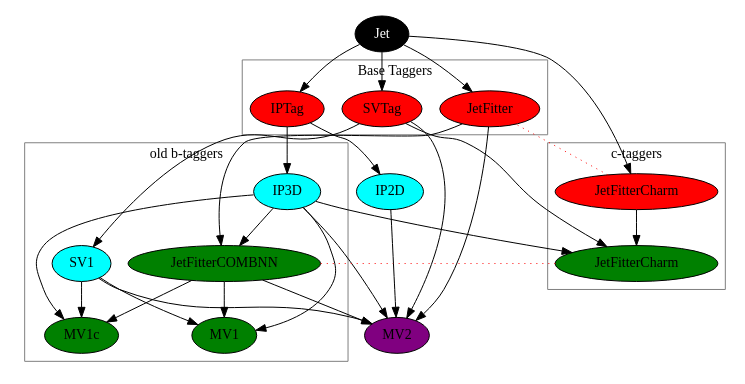
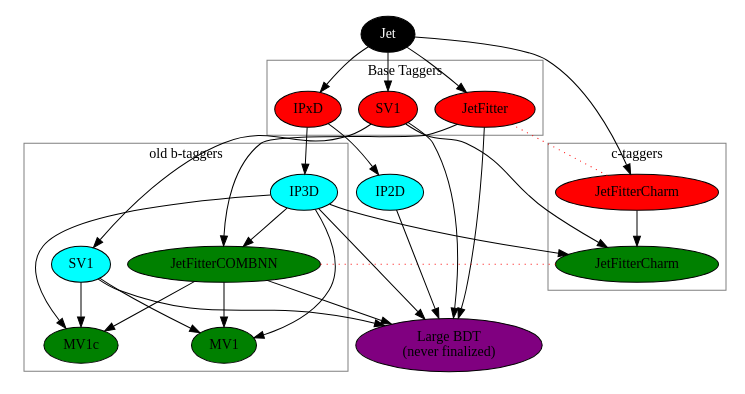
Before and after one commit to dguest/graphviz-tagging: the diagram in dot/tagging-full-nogaia.dot, drawn with Graphviz. The commit also changed 1 other file, not shown here.

```diff
--- a/dot/tagging-full-nogaia.dot
+++ b/dot/tagging-full-nogaia.dot
@@ -1,79 +1,79 @@
-digraph g { 
+digraph g {
 
 graph [size = "6, 6"]
-jet  [label="Jet", fontcolor=white, style=filled, fillcolor=black]; 
+jet  [label="Jet", fontcolor=white, style=filled, fillcolor=black];
 
-subgraph cluster_0{ 
+subgraph cluster_0{
 rank=same
 label="Base Taggers"
 color=gray
-iptag      [label="IPTag"     , style=filled, fillcolor=red]
-svtag      [label="SVTag"       , style=filled, fillcolor=red]
+iptag      [label="IPxD"     , style=filled, fillcolor=red]
+svtag      [label="SV1"       , style=filled, fillcolor=red]
 jetfitter  [label="JetFitter" , style=filled, fillcolor=red]
-}			
+}
 jet -> iptag
 jet -> svtag
 jet -> jetfitter
 
 ip3d    [ label="IP3D"   , style=filled, fillcolor = cyan]
 sv1     [ label="SV1"    , style=filled, fillcolor = cyan]
 
 combnn  [ label="JetFitterCOMBNN" , style=filled, fillcolor = green]
 iptag -> ip3d        [weight=1]
 //iptag -> ip2d	     [weight=1]
 svtag -> sv1	     [weight=1]
 jetfitter -> combnn  [weight=1]
 ip3d -> combnn       [weight=1]
 
-mv1     [ label="MV1" , style=filled, fillcolor=green   ] 
+mv1     [ label="MV1" , style=filled, fillcolor=green   ]
 
-subgraph cluster_1 { 
+subgraph cluster_1 {
 label="old b-taggers"
 color=gray
 ip3d -> mv1
 sv1 -> mv1
 combnn -> mv1
 
 // ----- mv1c
-mv1c  [ label="MV1c" , style=filled, fillcolor=green   ] 
+mv1c  [ label="MV1c" , style=filled, fillcolor=green   ]
 ip3d -> mv1c
 sv1 -> mv1c
 combnn -> mv1c
 }
 
 // ------- jet fitter charm -------
 
-subgraph cluster_2 { 
+subgraph cluster_2 {
 label="c-taggers"
 color=gray
 jfc [ label="JetFitterCharm" , style=filled, fillcolor=red   ]
 jfcnn [ label="JetFitterCharm" , style=filled, fillcolor=green   ]
 
 }
 jet -> jfc       [weight=0]
 
 jfc -> jfcnn	 [weight=0]
 ip3d -> jfcnn	 [weight=0]
 svtag -> jfcnn   [weight=0]
 
 // ------- similarities -----------
 
 jfc -> jetfitter [weight = 0, style=dotted, arrowhead=none, color=red]
 jfcnn -> combnn  [weight = 0, style=dotted, arrowhead=none, color=red]
 //mv1 -> mv3       [weight = 0, style=dotted, arrowhead=none, color=red]
 
 // ------- MV3 -----------
 
-mv3     [ label="MV2" , style=filled, fillcolor=purple   ]
+mv3     [ label="Large BDT\n(never finalized)" , style=filled, fillcolor=purple   ]
 
 ip2d    [ label="IP2D"   , style=filled, fillcolor = cyan]
 iptag -> ip2d	     [weight=1]
 
 ip3d -> mv3        [weight=1]
 ip2d -> mv3	   [weight=1]
 svtag -> mv3	   [weight=1]
 sv1 -> mv3	   [weight=1]
 jetfitter -> mv3   [weight=1]
 combnn -> mv3      [weight=1]
 
 }
```
